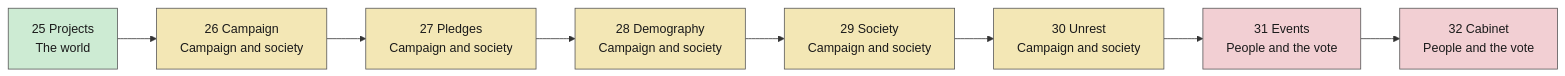
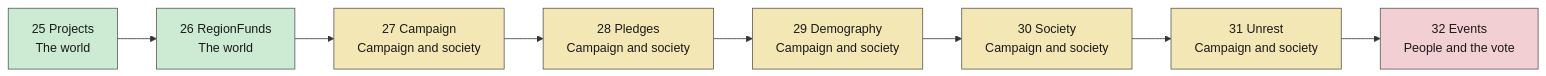
Before and after one commit to powerbassist/World-simulator: the fourth of 5 diagrams in docs/tick-order.md, drawn with Mermaid. The commit also changed other lines of this file and 20 other files, not shown here.

````diff
--- a/docs/tick-order.md
+++ b/docs/tick-order.md
@@ -84,18 +84,18 @@
 ```mermaid
 flowchart LR
   s25["25 Projects<br/>The world"]:::g3
-  s26["26 Campaign<br/>Campaign and society"]:::g4
-  s27["27 Pledges<br/>Campaign and society"]:::g4
-  s28["28 Demography<br/>Campaign and society"]:::g4
-  s29["29 Society<br/>Campaign and society"]:::g4
-  s30["30 Unrest<br/>Campaign and society"]:::g4
-  s31["31 Events<br/>People and the vote"]:::g5
-  s32["32 Cabinet<br/>People and the vote"]:::g5
+  s26["26 RegionFunds<br/>The world"]:::g3
+  s27["27 Campaign<br/>Campaign and society"]:::g4
+  s28["28 Pledges<br/>Campaign and society"]:::g4
+  s29["29 Demography<br/>Campaign and society"]:::g4
+  s30["30 Society<br/>Campaign and society"]:::g4
+  s31["31 Unrest<br/>Campaign and society"]:::g4
+  s32["32 Events<br/>People and the vote"]:::g5
   s25 --> s26 --> s27 --> s28 --> s29 --> s30 --> s31 --> s32
   classDef g0 fill:#cfe3f7,stroke:#555,color:#1a1a1a
   classDef g1 fill:#f6dcc2,stroke:#555,color:#1a1a1a
   classDef g2 fill:#dccff0,stroke:#555,color:#1a1a1a
   classDef g3 fill:#cdebd3,stroke:#555,color:#1a1a1a
   classDef g4 fill:#f3e7b5,stroke:#555,color:#1a1a1a
   classDef g5 fill:#f2cfd3,stroke:#555,color:#1a1a1a
 ```
````
